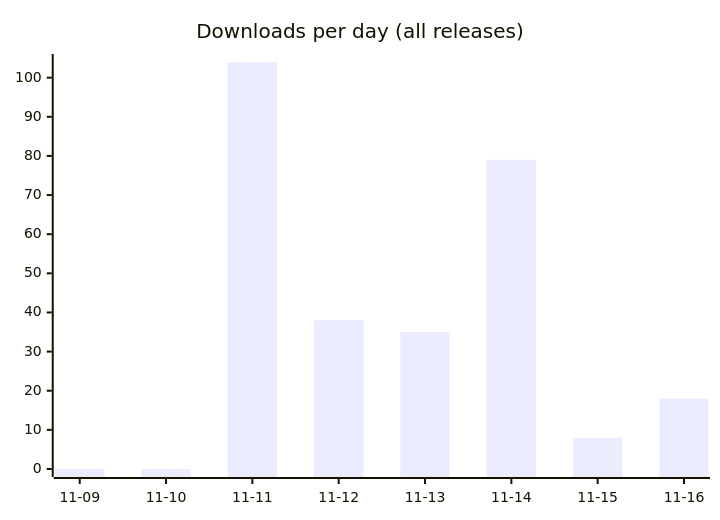
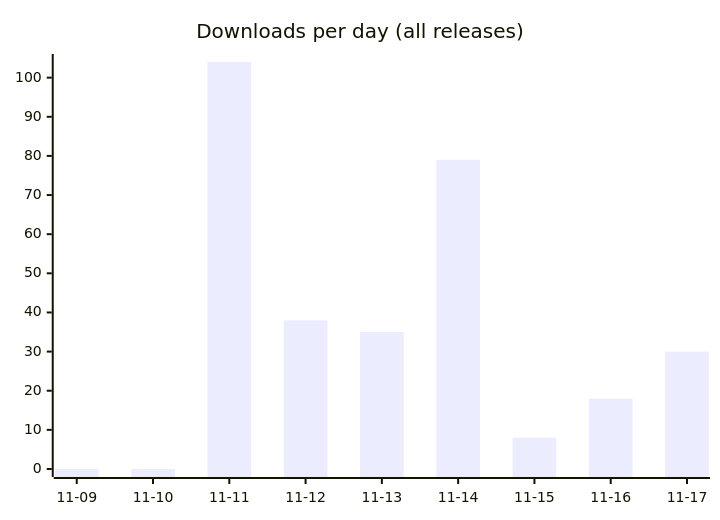
One commit to fmadore/Kalamu changed the first of 2 diagrams in README.md. Above: the diagram before and after it, drawn with Mermaid. The commit also changed other lines of this file and 2 other files, not shown here.

````diff
--- a/README.md
+++ b/README.md
@@ -44,6 +44,6 @@
 ```mermaid
 xychart-beta
     title "Downloads per day (all releases)"
-    x-axis ["11-09", "11-10", "11-11", "11-12", "11-13", "11-14", "11-15", "11-16"]
-    bar [0, 0, 104, 38, 35, 79, 8, 18]
+    x-axis ["11-09", "11-10", "11-11", "11-12", "11-13", "11-14", "11-15", "11-16", "11-17"]
+    bar [0, 0, 104, 38, 35, 79, 8, 18, 30]
 ```
````
